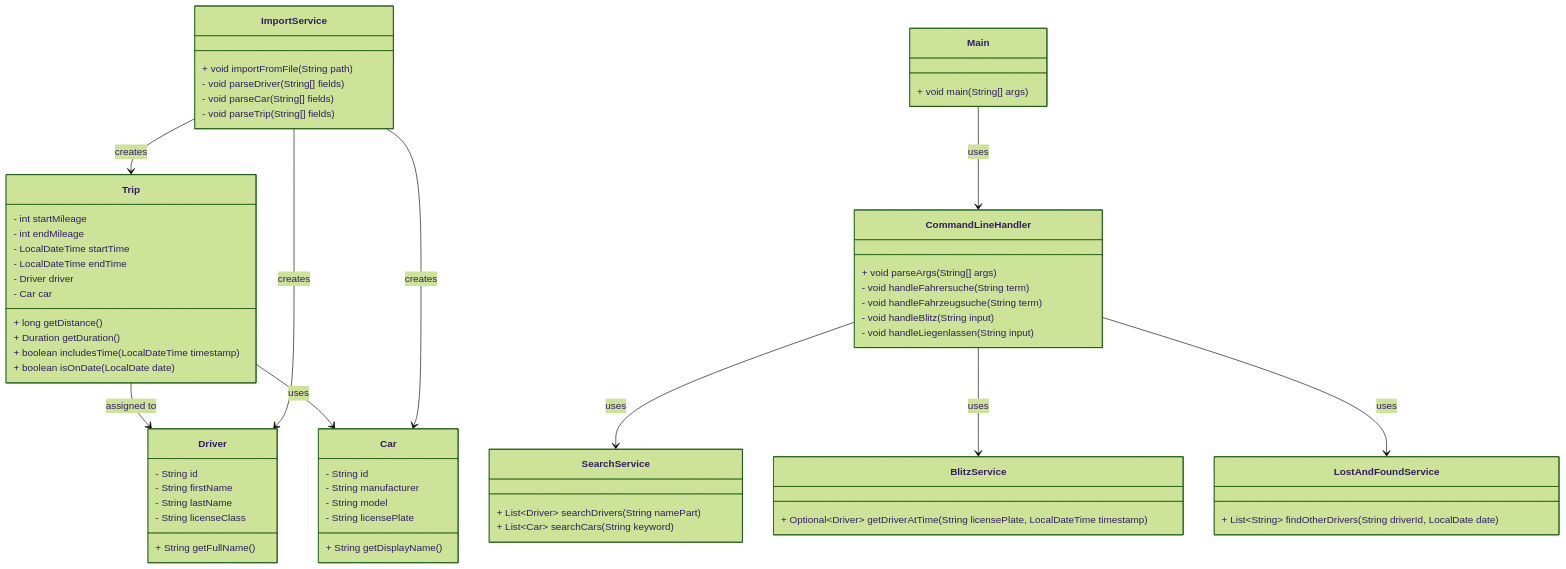
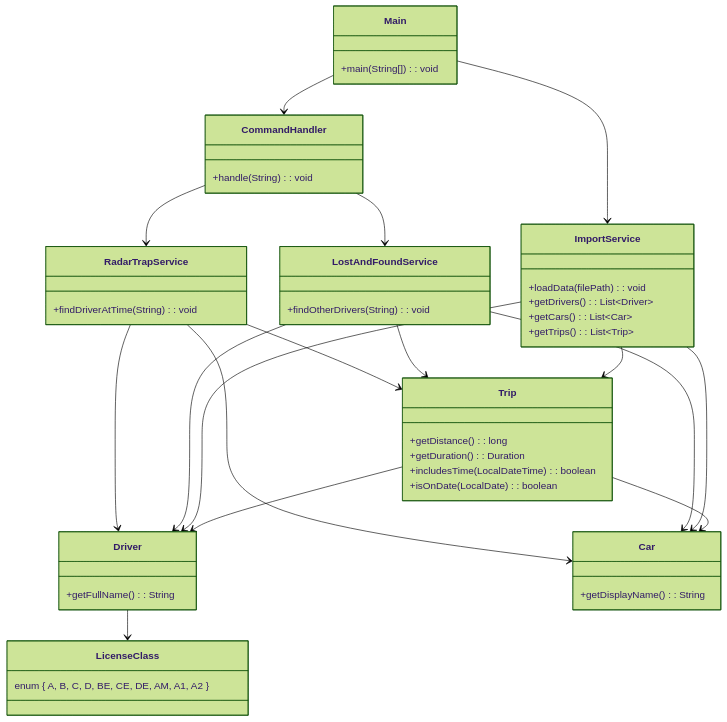
One commit to S1onyx/dienstwagen-datenbank-java changed the diagram in README.md. Above: the diagram before and after it, drawn with Mermaid (forest theme). The commit also changed other lines of this file, not shown here.

````diff
--- a/README.md
+++ b/README.md
@@ -6,90 +87,62 @@
 ```mermaid
 classDiagram
-    %% =======================
-    %% == Datenmodell-Teil ==
-    %% =======================
+direction TB
 
-    class Driver {
-        - String id
-        - String firstName
-        - String lastName
-        - String licenseClass
-        + String getFullName()
-    }
+class Main {
+  +main(String[]): void
+}
 
-    class Car {
-        - String id
-        - String manufacturer
-        - String model
-        - String licensePlate
-        + String getDisplayName()
-    }
+class ImportService {
+  +loadData(filePath): void
+  +getDrivers(): List~Driver~
+  +getCars(): List~Car~
+  +getTrips(): List~Trip~
+}
 
-    class Trip {
-        - int startMileage
-        - int endMileage
-        - LocalDateTime startTime
-        - LocalDateTime endTime
-        - Driver driver
-        - Car car
-        + long getDistance()
-        + Duration getDuration()
-        + boolean includesTime(LocalDateTime timestamp)
-        + boolean isOnDate(LocalDate date)
-    }
+class CommandHandler {
+  +handle(String): void
+}
 
-    %% ========================
-    %% == Service-Klassen ====
-    %% ========================
+class RadarTrapService {
+  +findDriverAtTime(String): void
+}
 
-    class ImportService {
-        + void importFromFile(String path)
-        - void parseDriver(String[] fields)
-        - void parseCar(String[] fields)
-        - void parseTrip(String[] fields)
-    }
+class LostAndFoundService {
+  +findOtherDrivers(String): void
+}
 
-    class SearchService {
-        + List~Driver~ searchDrivers(String namePart)
-        + List~Car~ searchCars(String keyword)
-    }
+class Trip {
+  +getDistance(): long
+  +getDuration(): Duration
+  +includesTime(LocalDateTime): boolean
+  +isOnDate(LocalDate): boolean
+}
 
-    class BlitzService {
-        + Optional~Driver~ getDriverAtTime(String licensePlate, LocalDateTime timestamp)
-    }
+class Driver {
+  +getFullName(): String
+}
 
-    class LostAndFoundService {
-        + List~String~ findOtherDrivers(String driverId, LocalDate date)
-    }
+class Car {
+  +getDisplayName(): String
+}
 
-    %% ========================
-    %% == Kommando-Handling ==
-    %% ========================
+class LicenseClass
+LicenseClass : enum { A, B, C, D, BE, CE, DE, AM, A1, A2 }
 
-    class CommandLineHandler {
-        + void parseArgs(String[] args)
-        - void handleFahrersuche(String term)
-        - void handleFahrzeugsuche(String term)
-        - void handleBlitz(String input)
-        - void handleLiegenlassen(String input)
-    }
-
-    class Main {
-        + void main(String[] args)
-    }
-
-    %% ========================
-    %% == Beziehungen =========
-    %% ========================
-
-    Trip --> Driver : assigned to
-    Trip --> Car : uses
-    ImportService --> Driver : creates
-    ImportService --> Car : creates
-    ImportService --> Trip : creates
-
-    Main --> CommandLineHandler : uses
-    CommandLineHandler --> SearchService : uses
-    CommandLineHandler --> BlitzService : uses
-    CommandLineHandler --> LostAndFoundService : uses
+Main --> ImportService
+Main --> CommandHandler
+CommandHandler --> RadarTrapService
+CommandHandler --> LostAndFoundService
+RadarTrapService --> Trip
+RadarTrapService --> Car
+RadarTrapService --> Driver
+LostAndFoundService --> Trip
+LostAndFoundService --> Car
+LostAndFoundService --> Driver
+ImportService --> Trip
+ImportService --> Car
+ImportService --> Driver
+Trip --> Driver
+Trip --> Car
+Driver --> LicenseClass
 ```
````
